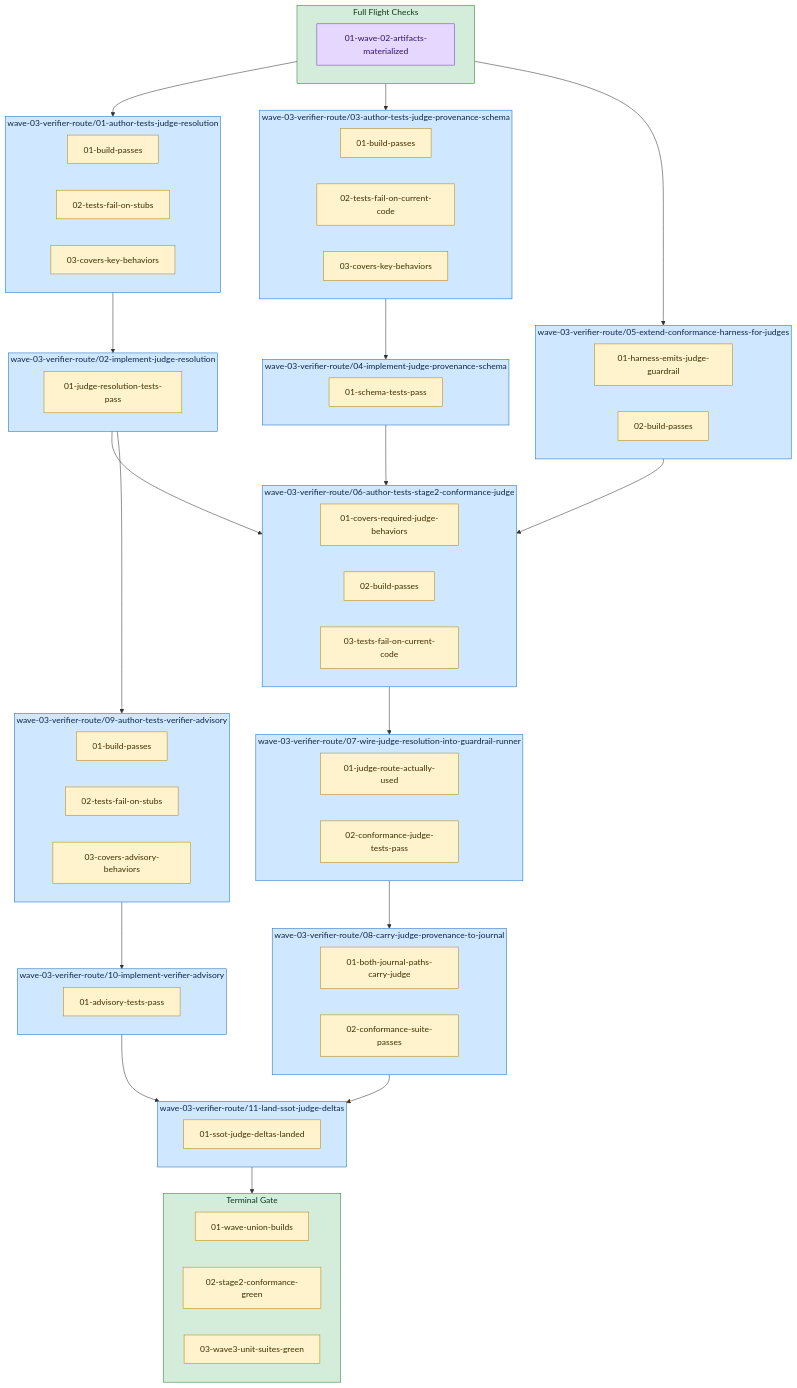
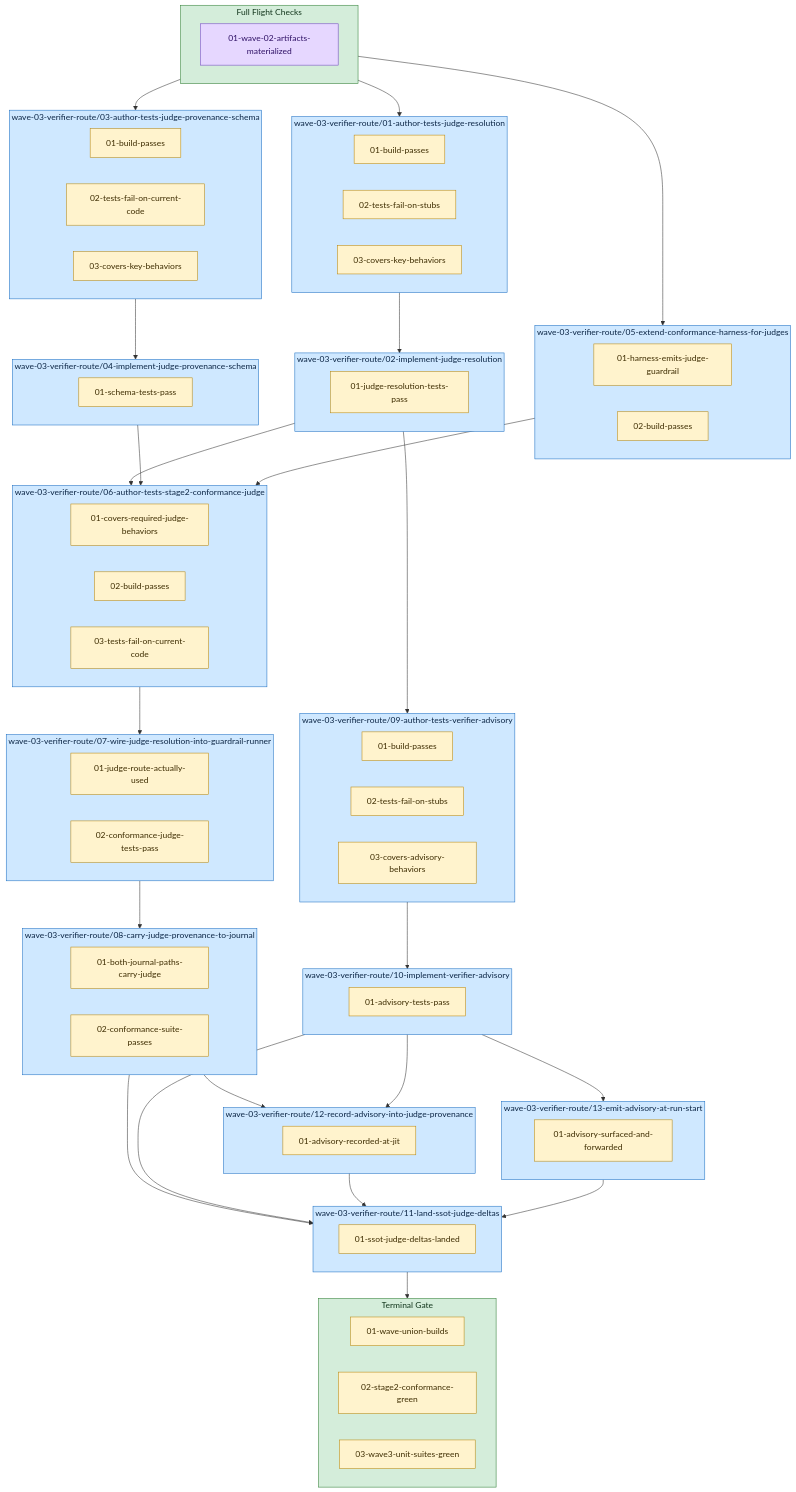
Before and after one commit to Servant-Software-LLC/Guardrails: the diagram in docs/plans/model-tiering-stage-2/wave-03-verifier-route/diagram.md, drawn with Mermaid. The commit also changed other lines of this file and 19 other files, not shown here.

First line of the commit message:
review(wave 3): ship the advisory in full (2 new tasks) + close the remaining findings

```diff
--- a/docs/plans/model-tiering-stage-2/wave-03-verifier-route/diagram.md
+++ b/docs/plans/model-tiering-stage-2/wave-03-verifier-route/diagram.md
@@ -61,6 +61,14 @@
     task_wave_03_verifier_route_11_land_ssot_judge_deltas_gr_0["01-ssot-judge-deltas-landed"]:::guardrail
   end
   style task_wave_03_verifier_route_11_land_ssot_judge_deltas fill:#cfe8ff,stroke:#1b6ec2,color:#0b2545;
+  subgraph task_wave_03_verifier_route_12_record_advisory_into_judge_provenance["wave-03-verifier-route/12-record-advisory-into-judge-provenance"]
+    task_wave_03_verifier_route_12_record_advisory_into_judge_provenance_gr_0["01-advisory-recorded-at-jit"]:::guardrail
+  end
+  style task_wave_03_verifier_route_12_record_advisory_into_judge_provenance fill:#cfe8ff,stroke:#1b6ec2,color:#0b2545;
+  subgraph task_wave_03_verifier_route_13_emit_advisory_at_run_start["wave-03-verifier-route/13-emit-advisory-at-run-start"]
+    task_wave_03_verifier_route_13_emit_advisory_at_run_start_gr_0["01-advisory-surfaced-and-forwarded"]:::guardrail
+  end
+  style task_wave_03_verifier_route_13_emit_advisory_at_run_start fill:#cfe8ff,stroke:#1b6ec2,color:#0b2545;
   subgraph plan_guardrails["Terminal Gate"]
     plan_guardrails_0["01-wave-union-builds"]:::guardrail
     plan_guardrails_1["02-stage2-conformance-green"]:::guardrail
@@ -79,8 +87,13 @@
   task_wave_03_verifier_route_06_author_tests_stage2_conformance_judge --> task_wave_03_verifier_route_07_wire_judge_resolution_into_guardrail_runner
   task_wave_03_verifier_route_07_wire_judge_resolution_into_guardrail_runner --> task_wave_03_verifier_route_08_carry_judge_provenance_to_journal
   task_wave_03_verifier_route_08_carry_judge_provenance_to_journal --> task_wave_03_verifier_route_11_land_ssot_judge_deltas
+  task_wave_03_verifier_route_08_carry_judge_provenance_to_journal --> task_wave_03_verifier_route_12_record_advisory_into_judge_provenance
   task_wave_03_verifier_route_09_author_tests_verifier_advisory --> task_wave_03_verifier_route_10_implement_verifier_advisory
   task_wave_03_verifier_route_10_implement_verifier_advisory --> task_wave_03_verifier_route_11_land_ssot_judge_deltas
+  task_wave_03_verifier_route_10_implement_verifier_advisory --> task_wave_03_verifier_route_12_record_advisory_into_judge_provenance
+  task_wave_03_verifier_route_10_implement_verifier_advisory --> task_wave_03_verifier_route_13_emit_advisory_at_run_start
+  task_wave_03_verifier_route_12_record_advisory_into_judge_provenance --> task_wave_03_verifier_route_11_land_ssot_judge_deltas
+  task_wave_03_verifier_route_13_emit_advisory_at_run_start --> task_wave_03_verifier_route_11_land_ssot_judge_deltas
   task_wave_03_verifier_route_11_land_ssot_judge_deltas --> plan_guardrails
   classDef preflight fill:#e6d7ff,stroke:#6f42c1,color:#2e1065;
   classDef guardrail fill:#fff3cd,stroke:#b8860b,color:#3d2c00;
```
